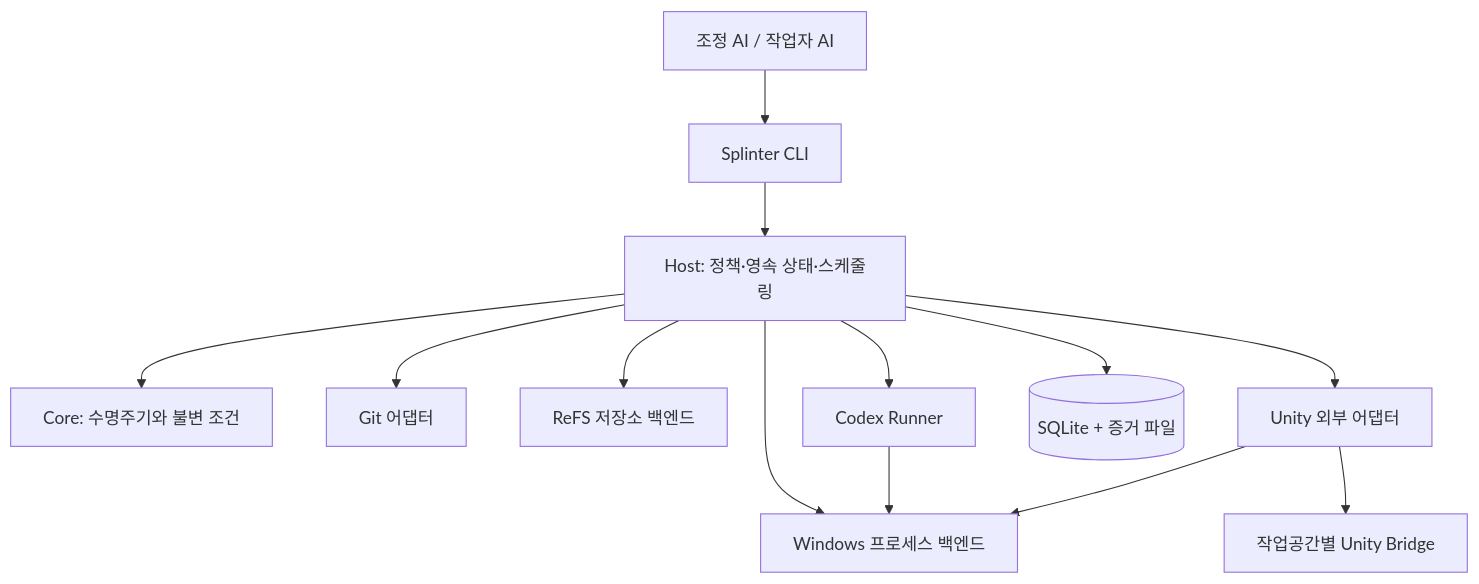
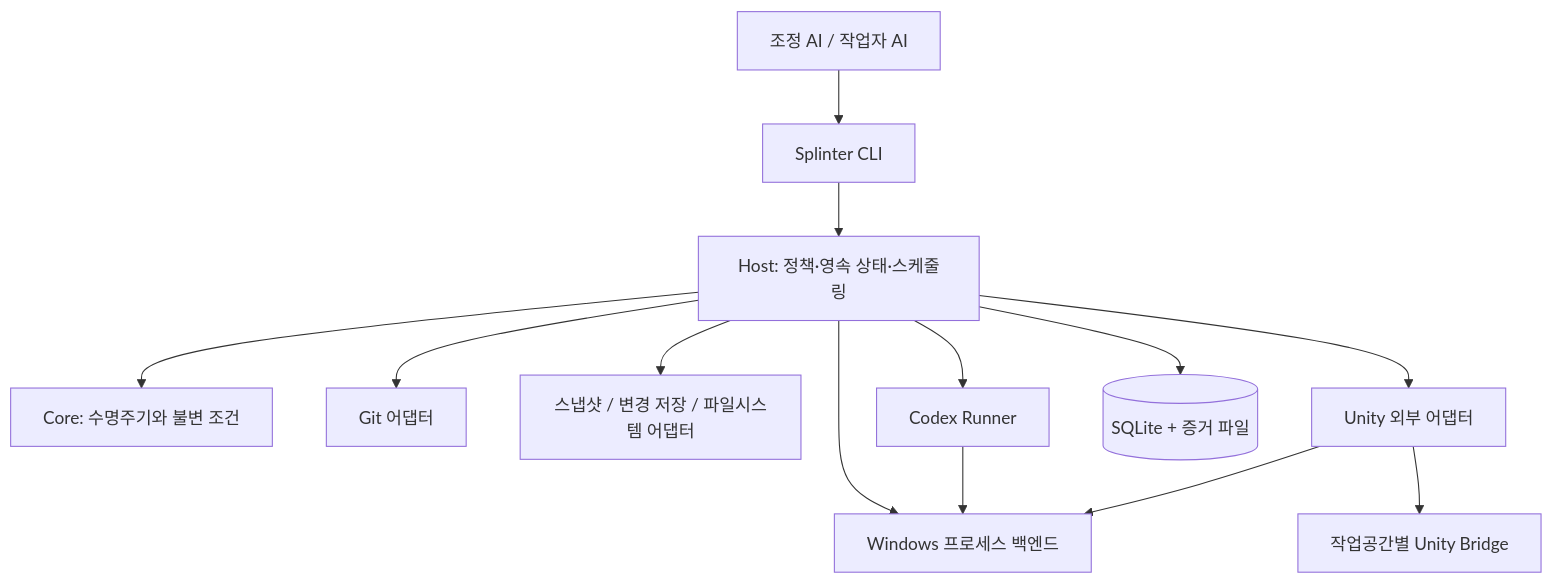
The diagram in docs/plans/implementation-plan.md (olivecrow/splinter), drawn with Mermaid before and after one commit. The commit also changed other lines of this file and 12 other files, not shown here.

````diff
--- a/docs/plans/implementation-plan.md
+++ b/docs/plans/implementation-plan.md
@@ -70,15 +70,15 @@
 ```mermaid
 flowchart TD
     Agent[조정 AI / 작업자 AI] --> CLI[Splinter CLI]
     CLI --> Host[Host: 정책·영속 상태·스케줄링]
     Host --> Core[Core: 수명주기와 불변 조건]
     Host --> Git[Git 어댑터]
-    Host --> Storage[ReFS 저장소 백엔드]
+    Host --> Storage[스냅샷 / 변경 저장 / 파일시스템 어댑터]
     Host --> Process[Windows 프로세스 백엔드]
     Host --> Runner[Codex Runner]
     Host --> Unity[Unity 외부 어댑터]
     Host --> DB[(SQLite + 증거 파일)]
     Runner --> Process
     Unity --> Process
     Unity --> Bridge[작업공간별 Unity Bridge]
 ```
````
